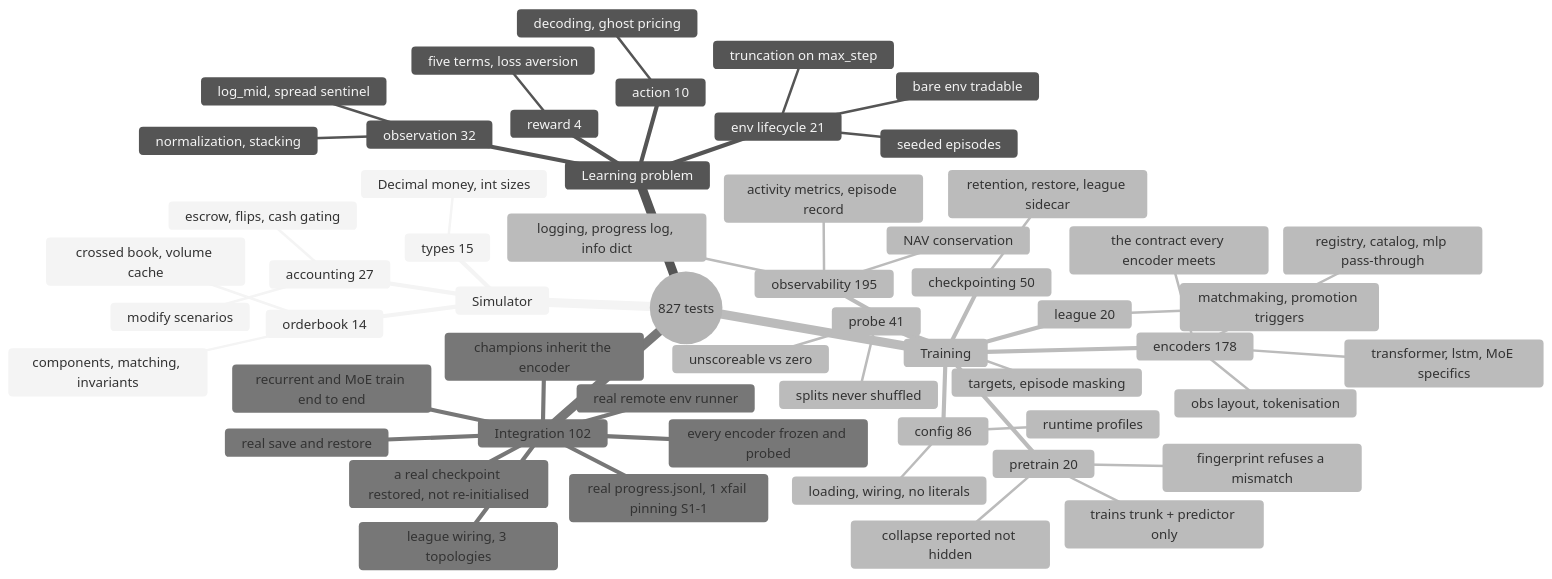
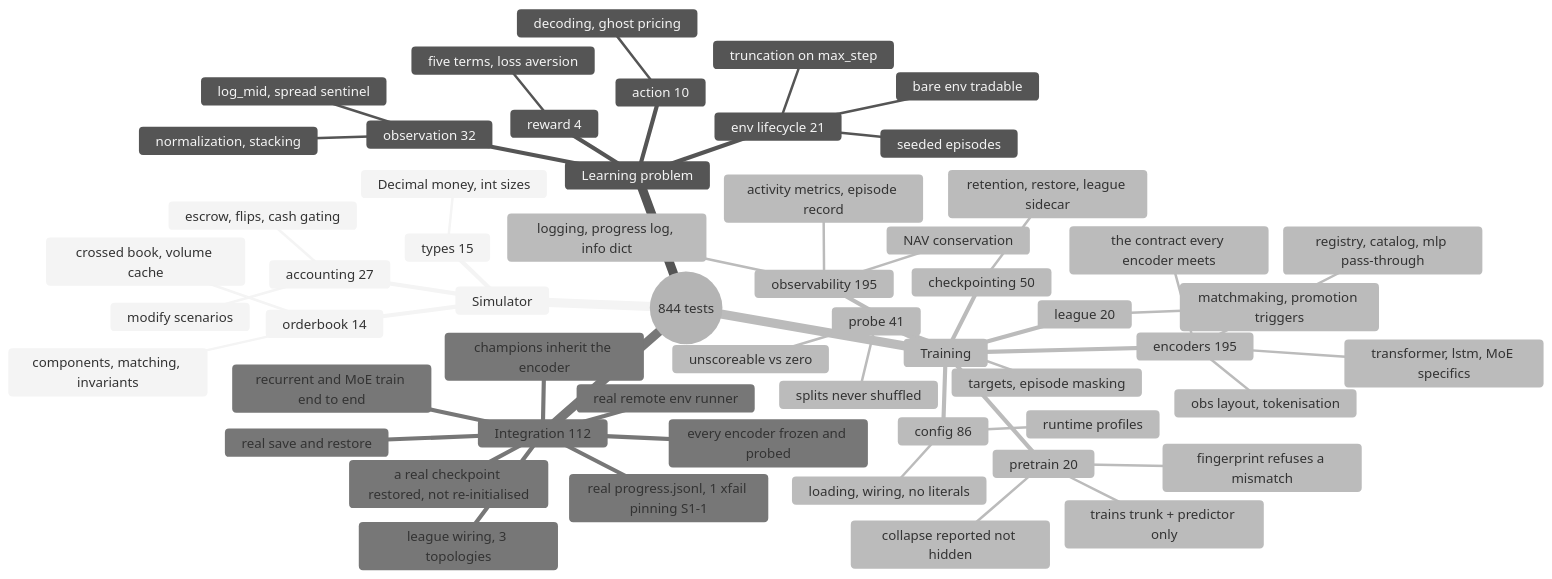
Before and after one commit to ChuaCheowHuan/gym-continuousDoubleAuction: the diagram in doc/10_testing.md, drawn with Mermaid (neutral theme). The commit also changed other lines of this file and 14 other files, not shown here.

````diff
--- a/doc/10_testing.md
+++ b/doc/10_testing.md
@@ -110,59 +110,59 @@
 ```mermaid
 mindmap
-  root((827 tests))
+  root((844 tests))
     Simulator
       orderbook 14
         components, matching, invariants
         crossed book, volume cache
       accounting 27
         escrow, flips, cash gating
         modify scenarios
       types 15
         Decimal money, int sizes
     Learning problem
       observation 32
         normalization, stacking
         log_mid, spread sentinel
       action 10
         decoding, ghost pricing
       reward 4
         five terms, loss aversion
       env lifecycle 21
         bare env tradable
         truncation on max_step
         seeded episodes
     Training
       config 86
         loading, wiring, no literals
         runtime profiles
       checkpointing 50
         retention, restore, league sidecar
       league 20
         matchmaking, promotion triggers
-      encoders 178
+      encoders 195
         registry, catalog, mlp pass-through
         obs layout, tokenisation
         the contract every encoder meets
         transformer, lstm, MoE specifics
       observability 195
         logging, progress log, info dict
         activity metrics, episode record
         NAV conservation
       probe 41
         targets, episode masking
         splits never shuffled
         unscoreable vs zero
       pretrain 20
         trains trunk + predictor only
         collapse reported not hidden
         fingerprint refuses a mismatch
-    Integration 102
+    Integration 112
       league wiring, 3 topologies
       real save and restore
       real progress.jsonl, 1 xfail pinning S1-1
       real remote env runner
       champions inherit the encoder
       recurrent and MoE train end to end
       every encoder frozen and probed
       a real checkpoint restored, not re-initialised
 ```
````
